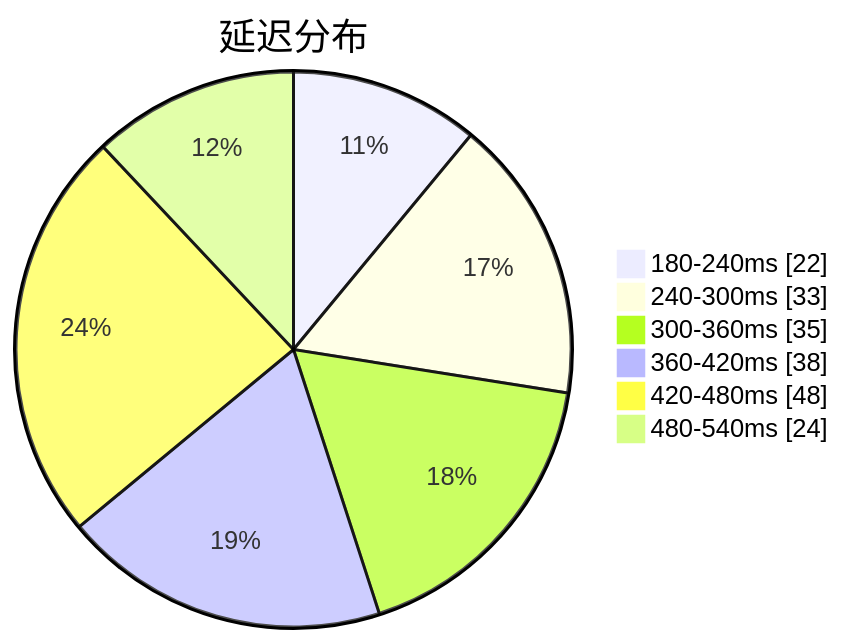
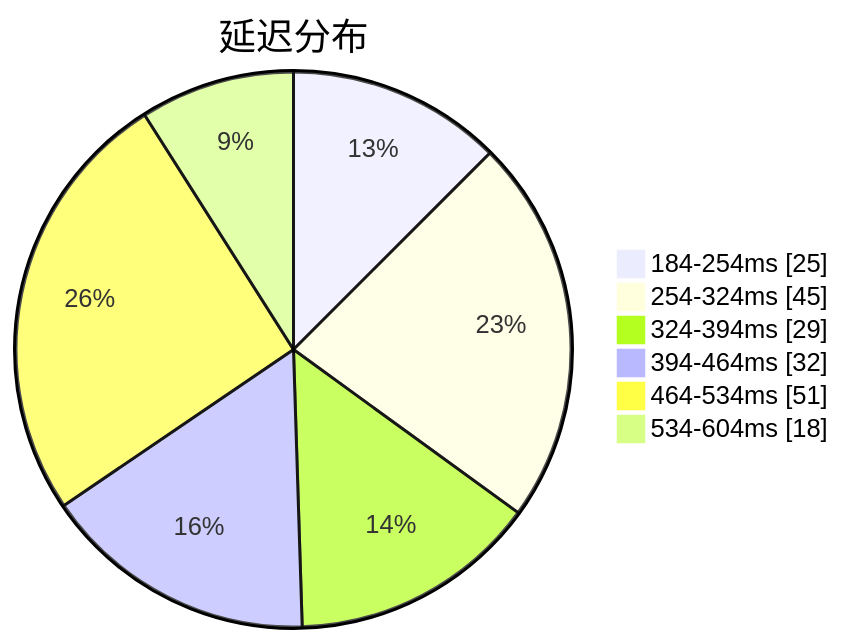
Before and after one commit to qjlxg/airport: the first of 3 diagrams in subs/statistics/tested_within.md, drawn with Mermaid. The commit also changed other lines of this file and 2 other files, not shown here.

````diff
--- a/subs/statistics/tested_within.md
+++ b/subs/statistics/tested_within.md
@@ -2,10 +2,10 @@
 ```mermaid
 pie showData
 title 延迟分布
-"180-240ms" : 22
-"240-300ms" : 33
-"300-360ms" : 35
-"360-420ms" : 38
-"420-480ms" : 48
-"480-540ms" : 24
+"184-254ms" : 25
+"254-324ms" : 45
+"324-394ms" : 29
+"394-464ms" : 32
+"464-534ms" : 51
+"534-604ms" : 18
 ```
````
